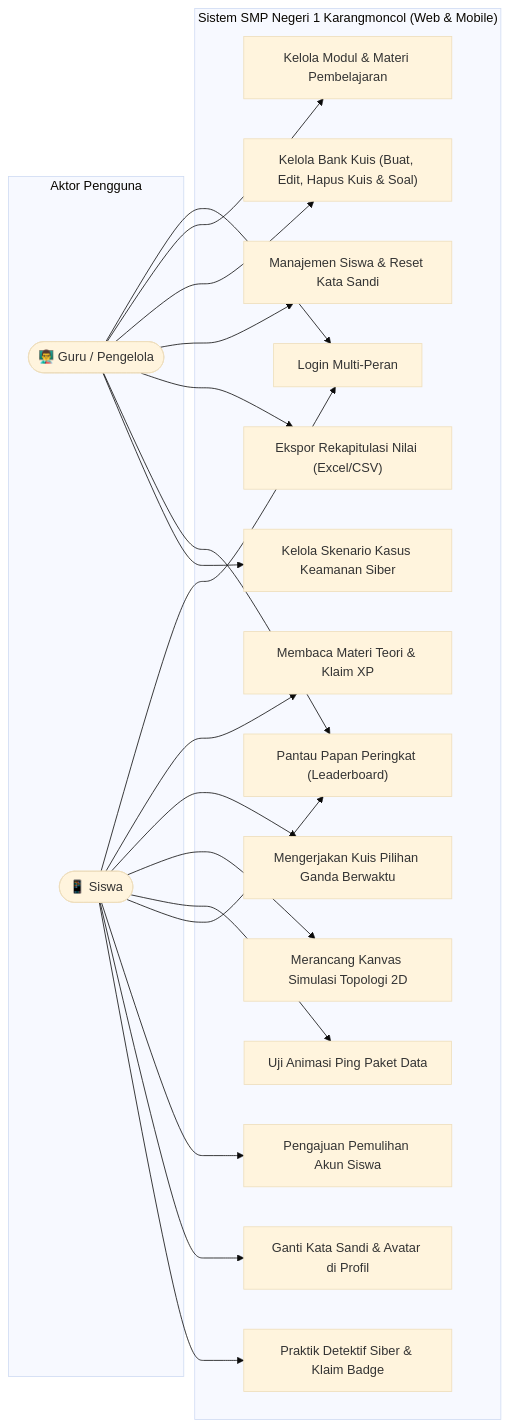
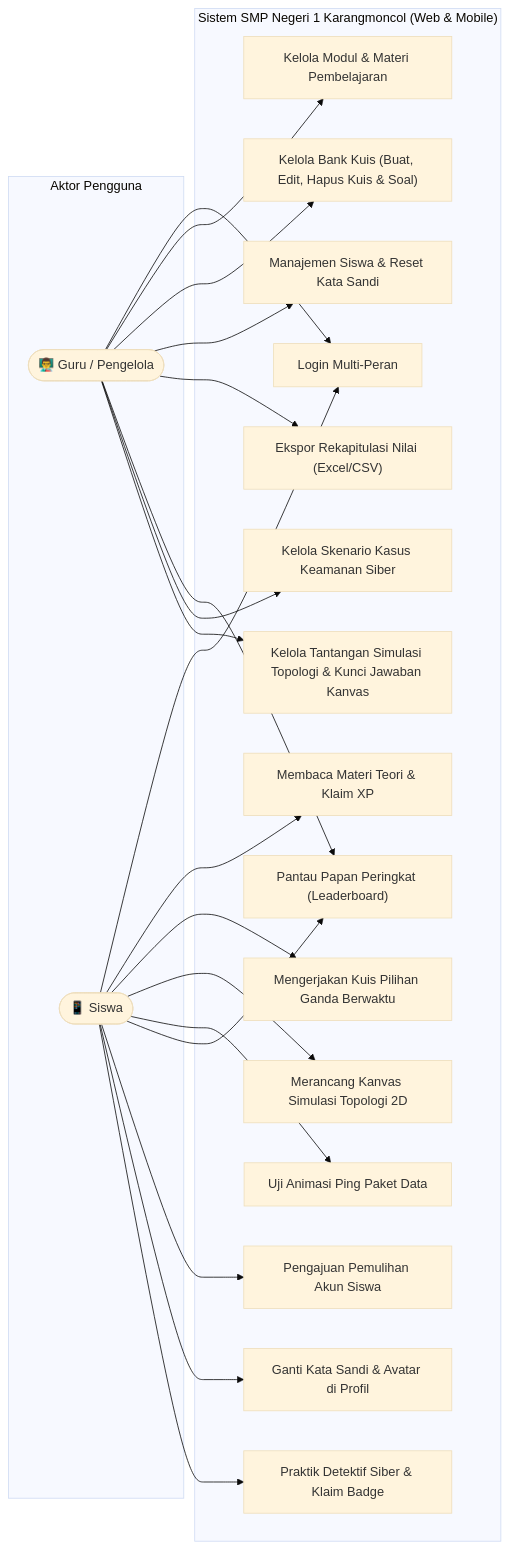
The second of 7 diagrams in README.md (dimasalvarizk/Aplikasi-Simulasi), drawn with Mermaid (base theme) before and after one commit. The commit also changed other lines of this file and 5 other files, not shown here.

Commit message:
fix(mobile): perbaiki tata letak kartu lab simulasi, profil siswa, dan update flowchart

````diff
--- a/README.md
+++ b/README.md
@@ -104,42 +108,44 @@
 ```mermaid
 flowchart LR
     subgraph Pengguna ["Aktor Pengguna"]
         Guru(["👨‍🏫 Guru / Pengelola"])
         Siswa(["📱 Siswa"])
     end
 
     subgraph Sistem ["Sistem SMP Negeri 1 Karangmoncol (Web & Mobile)"]
         UC1["Login Multi-Peran"]
         UC2["Kelola Modul & Materi Pembelajaran"]
         UC3["Kelola Bank Kuis (Buat, Edit, Hapus Kuis & Soal)"]
         UC4["Manajemen Siswa & Reset Kata Sandi"]
         UC5["Ekspor Rekapitulasi Nilai (Excel/CSV)"]
         UC6["Membaca Materi Teori & Klaim XP"]
         UC7["Mengerjakan Kuis Pilihan Ganda Berwaktu"]
         UC8["Merancang Kanvas Simulasi Topologi 2D"]
         UC9["Uji Animasi Ping Paket Data"]
         UC10["Pantau Papan Peringkat (Leaderboard)"]
         UC11["Pengajuan Pemulihan Akun Siswa"]
         UC12["Ganti Kata Sandi & Avatar di Profil"]
         UC13["Kelola Skenario Kasus Keamanan Siber"]
         UC14["Praktik Detektif Siber & Klaim Badge"]
+        UC15["Kelola Tantangan Simulasi Topologi & Kunci Jawaban Kanvas"]
     end
 
     Guru --> UC1
     Guru --> UC2
     Guru --> UC3
     Guru --> UC4
     Guru --> UC5
     Guru --> UC10
     Guru --> UC13
+    Guru --> UC15
 
     Siswa --> UC1
     Siswa --> UC6
     Siswa --> UC7
     Siswa --> UC8
     Siswa --> UC9
     Siswa --> UC10
     Siswa --> UC11
     Siswa --> UC12
     Siswa --> UC14
 ```
````
